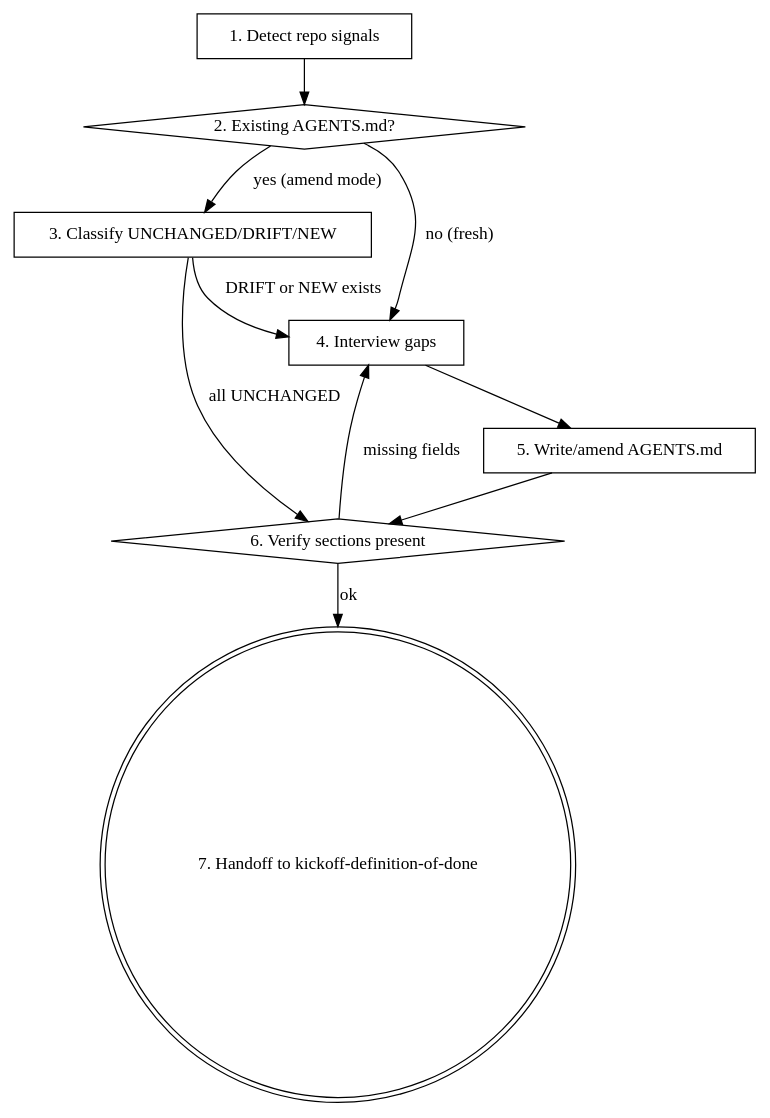
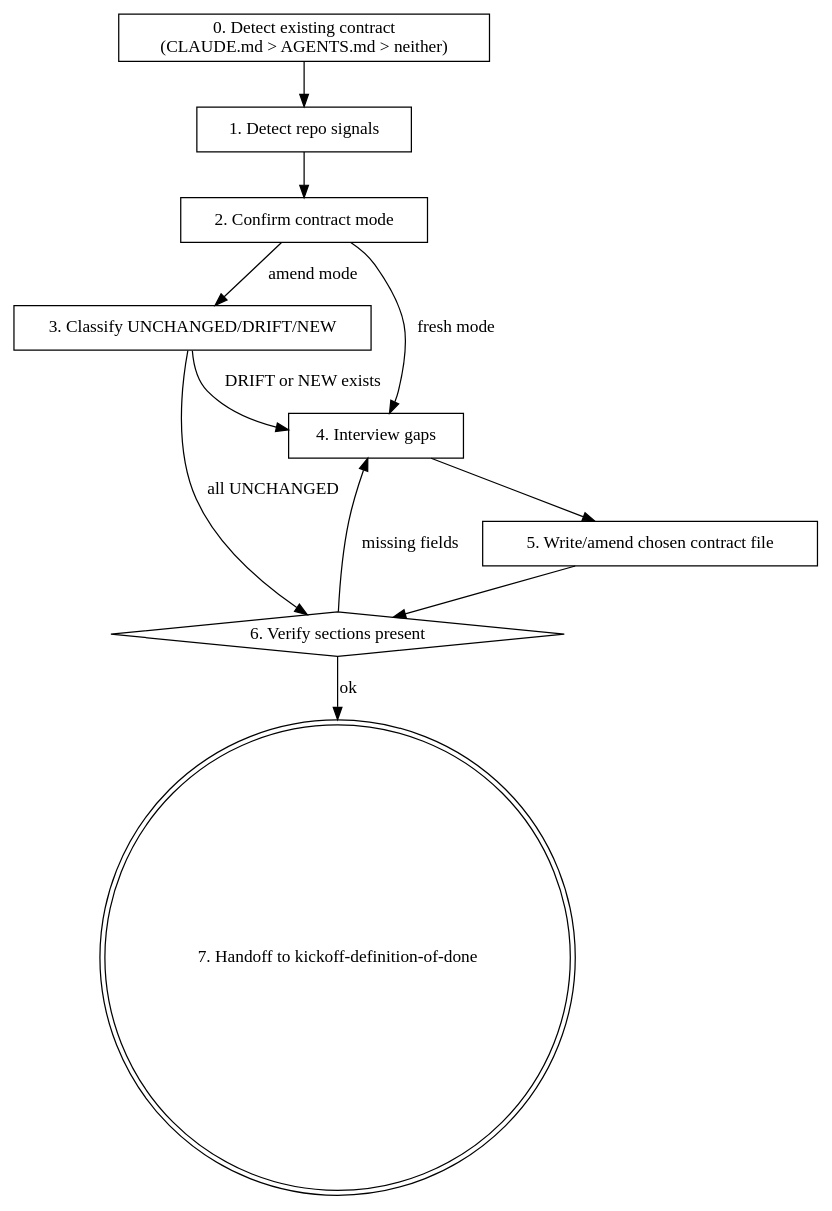
One commit to rainhan99/zeus changed the diagram in skills/kickoff-agents-md/SKILL.md. Above: the diagram before and after it, drawn with Graphviz. The commit also changed other lines of this file, not shown here.

First line of the commit message:
feat(SP-relocate): kickoff-agents-md supports CLAUDE.md contract mode

````diff
--- a/skills/kickoff-agents-md/SKILL.md
+++ b/skills/kickoff-agents-md/SKILL.md
@@ -32,21 +37,23 @@
 ```dot
 digraph kickoff_agents_md {
+  precedence [label="0. Detect existing contract\n(CLAUDE.md > AGENTS.md > neither)", shape=box];
   detect [label="1. Detect repo signals", shape=box];
-  existing [label="2. Existing AGENTS.md?", shape=diamond];
+  confirm [label="2. Confirm contract mode", shape=box];
   classify [label="3. Classify UNCHANGED/DRIFT/NEW", shape=box];
   interview [label="4. Interview gaps", shape=box];
-  write [label="5. Write/amend AGENTS.md", shape=box];
+  write [label="5. Write/amend chosen contract file", shape=box];
   verify [label="6. Verify sections present", shape=diamond];
   handoff [label="7. Handoff to kickoff-definition-of-done", shape=doublecircle];
 
-  detect -> existing;
-  existing -> classify [label="yes (amend mode)"];
-  existing -> interview [label="no (fresh)"];
+  precedence -> detect;
+  detect -> confirm;
+  confirm -> classify [label="amend mode"];
+  confirm -> interview [label="fresh mode"];
   classify -> interview [label="DRIFT or NEW exists"];
   classify -> verify [label="all UNCHANGED"];
   interview -> write;
   write -> verify;
   verify -> handoff [label="ok"];
   verify -> interview [label="missing fields"];
 }
 ```
````
